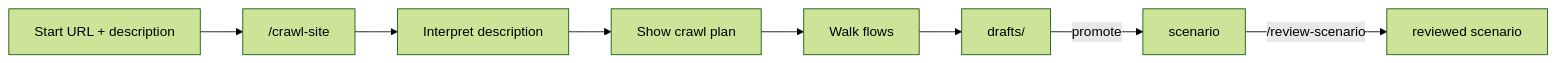
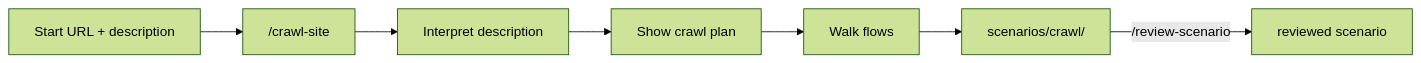
Before and after one commit to mattbobambrose/playwright-scenarios: the fifth of 5 diagrams in website/playwright-scenarios/docs/workflow.md, drawn with Mermaid (forest theme). The commit also changed other lines of this file and 21 other files, not shown here.

First line of the commit message:
Partition scenarios by source command, drop drafts (v0.6.0) (#6)

````diff
--- a/website/playwright-scenarios/docs/workflow.md
+++ b/website/playwright-scenarios/docs/workflow.md
@@ -117,10 +108,9 @@
 ``` mermaid
 graph LR
     A[Start URL + description] --> B["/crawl-site"]
     B --> C[Interpret description]
     C --> D[Show crawl plan]
     D --> E[Walk flows]
-    E --> F["drafts/"]
-    F -->|promote| G[scenario]
-    G -->|"/review-scenario"| H[reviewed scenario]
+    E --> F["scenarios/crawl/"]
+    F -->|"/review-scenario"| G[reviewed scenario]
 ```
````
